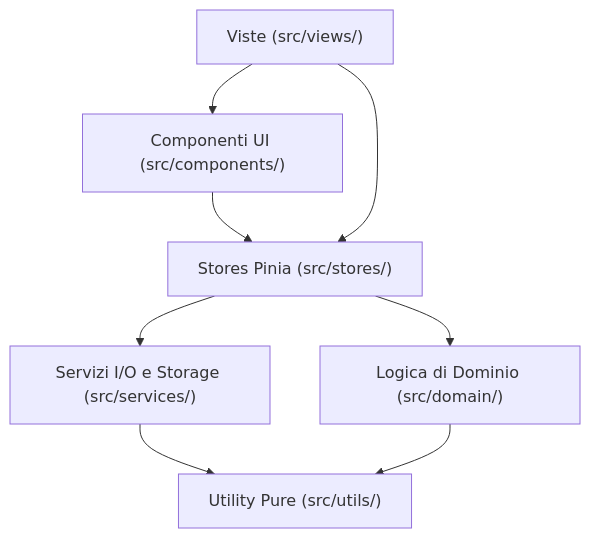
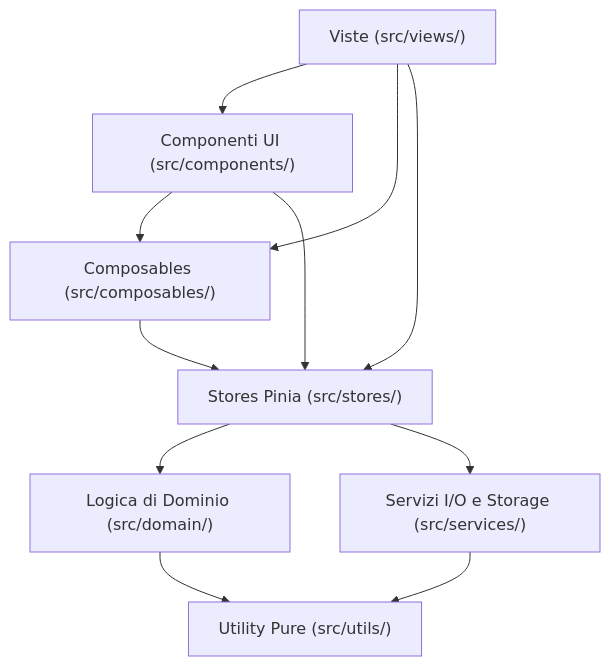
The diagram in docs/architettura/frontend.md (johannazambrano/pocketly), drawn with Mermaid before and after one commit. The commit also changed other lines of this file and 7 other files, not shown here.

````diff
--- a/docs/architettura/frontend.md
+++ b/docs/architettura/frontend.md
@@ -29,10 +30,13 @@
 ```mermaid
 graph TD
     Views["Viste (src/views/)"] --> Components["Componenti UI (src/components/)"]
+    Views --> Composables["Composables (src/composables/)"]
+    Components --> Composables
     Components --> Stores["Stores Pinia (src/stores/)"]
     Views --> Stores
+    Composables --> Stores
     Stores --> Domain["Logica di Dominio (src/domain/)"]
     Stores --> Services["Servizi I/O e Storage (src/services/)"]
     Services --> Utils["Utility Pure (src/utils/)"]
     Domain --> Utils
 ```
````
